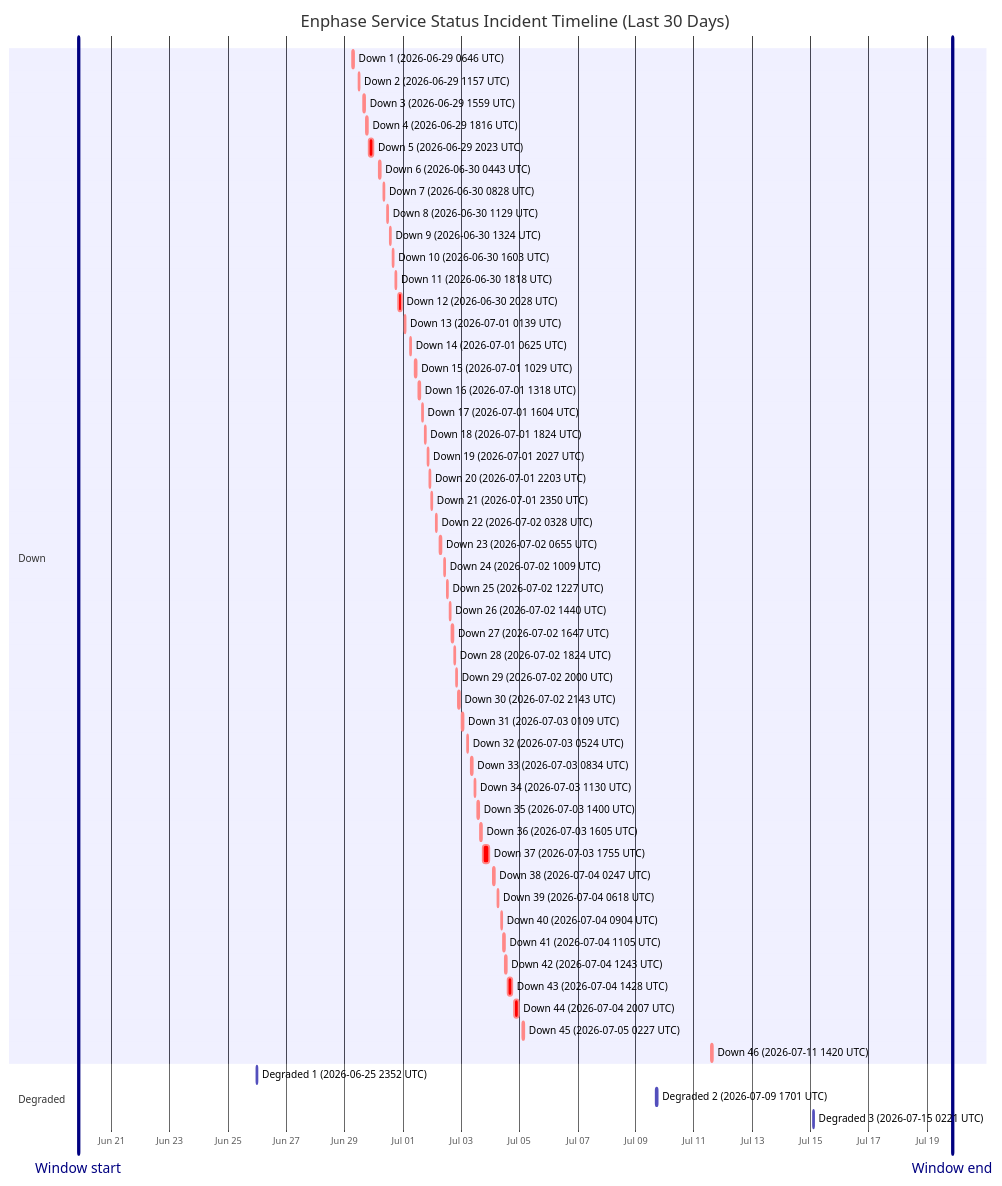
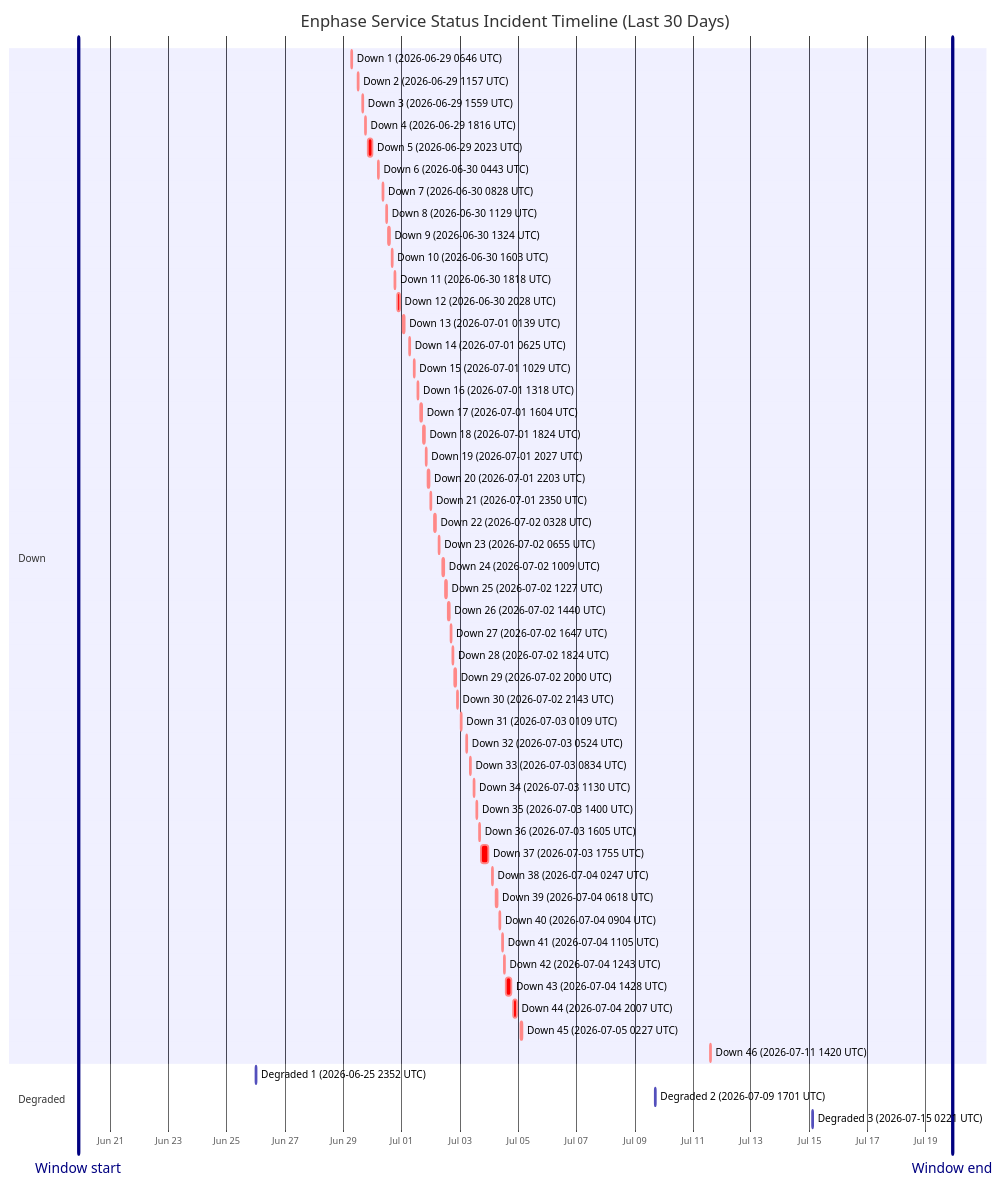
Before and after one commit to barneyonline/ha-enphase-energy: the diagram in wiki/Service-Status-History.md, drawn with Mermaid. The commit also changed other lines of this file and 3 other files, not shown here.

````diff
--- a/wiki/Service-Status-History.md
+++ b/wiki/Service-Status-History.md
@@ -14,59 +14,59 @@
 ```mermaid
 gantt
     title Enphase Service Status Incident Timeline (Last 30 Days)
     dateFormat  YYYY-MM-DDTHH:mm:ss
     axisFormat  %b %d
-    Window start :vert, window-start, 2026-06-19T20:44:10, 0ms
-    Window end :vert, window-end, 2026-07-19T20:44:10, 0ms
+    Window start :vert, window-start, 2026-06-19T21:50:57, 0ms
+    Window end :vert, window-end, 2026-07-19T21:50:57, 0ms
     section Down
     Down 1 (2026-06-29 0646 UTC) :crit, down-1, 2026-06-29T06:46:18, 60m
     Down 2 (2026-06-29 1157 UTC) :crit, down-2, 2026-06-29T11:57:36, 60m
     Down 3 (2026-06-29 1559 UTC) :crit, down-3, 2026-06-29T15:59:02, 60m
     Down 4 (2026-06-29 1816 UTC) :crit, down-4, 2026-06-29T18:16:38, 60m
     Down 5 (2026-06-29 2023 UTC) :crit, down-5, 2026-06-29T20:23:16, 220m
     Down 6 (2026-06-30 0443 UTC) :crit, down-6, 2026-06-30T04:43:54, 60m
     Down 7 (2026-06-30 0828 UTC) :crit, down-7, 2026-06-30T08:28:43, 60m
     Down 8 (2026-06-30 1129 UTC) :crit, down-8, 2026-06-30T11:29:15, 60m
     Down 9 (2026-06-30 1324 UTC) :crit, down-9, 2026-06-30T13:24:25, 60m
     Down 10 (2026-06-30 1603 UTC) :crit, down-10, 2026-06-30T16:03:26, 60m
     Down 11 (2026-06-30 1818 UTC) :crit, down-11, 2026-06-30T18:18:39, 60m
     Down 12 (2026-06-30 2028 UTC) :crit, down-12, 2026-06-30T20:28:54, 171m
     Down 13 (2026-07-01 0139 UTC) :crit, down-13, 2026-07-01T01:39:18, 60m
     Down 14 (2026-07-01 0625 UTC) :crit, down-14, 2026-07-01T06:25:35, 60m
     Down 15 (2026-07-01 1029 UTC) :crit, down-15, 2026-07-01T10:29:24, 60m
     Down 16 (2026-07-01 1318 UTC) :crit, down-16, 2026-07-01T13:18:31, 60m
     Down 17 (2026-07-01 1604 UTC) :crit, down-17, 2026-07-01T16:04:29, 60m
     Down 18 (2026-07-01 1824 UTC) :crit, down-18, 2026-07-01T18:24:21, 60m
     Down 19 (2026-07-01 2027 UTC) :crit, down-19, 2026-07-01T20:27:17, 60m
     Down 20 (2026-07-01 2203 UTC) :crit, down-20, 2026-07-01T22:03:46, 60m
     Down 21 (2026-07-01 2350 UTC) :crit, down-21, 2026-07-01T23:50:52, 60m
     Down 22 (2026-07-02 0328 UTC) :crit, down-22, 2026-07-02T03:28:33, 60m
     Down 23 (2026-07-02 0655 UTC) :crit, down-23, 2026-07-02T06:55:07, 60m
     Down 24 (2026-07-02 1009 UTC) :crit, down-24, 2026-07-02T10:09:15, 60m
     Down 25 (2026-07-02 1227 UTC) :crit, down-25, 2026-07-02T12:27:49, 60m
     Down 26 (2026-07-02 1440 UTC) :crit, down-26, 2026-07-02T14:40:53, 60m
     Down 27 (2026-07-02 1647 UTC) :crit, down-27, 2026-07-02T16:47:47, 60m
     Down 28 (2026-07-02 1824 UTC) :crit, down-28, 2026-07-02T18:24:26, 60m
     Down 29 (2026-07-02 2000 UTC) :crit, down-29, 2026-07-02T20:00:57, 60m
     Down 30 (2026-07-02 2143 UTC) :crit, down-30, 2026-07-02T21:43:52, 80m
     Down 31 (2026-07-03 0109 UTC) :crit, down-31, 2026-07-03T01:09:19, 60m
     Down 32 (2026-07-03 0524 UTC) :crit, down-32, 2026-07-03T05:24:23, 60m
     Down 33 (2026-07-03 0834 UTC) :crit, down-33, 2026-07-03T08:34:05, 60m
     Down 34 (2026-07-03 1130 UTC) :crit, down-34, 2026-07-03T11:30:41, 60m
     Down 35 (2026-07-03 1400 UTC) :crit, down-35, 2026-07-03T14:00:48, 60m
     Down 36 (2026-07-03 1605 UTC) :crit, down-36, 2026-07-03T16:05:49, 60m
     Down 37 (2026-07-03 1755 UTC) :crit, down-37, 2026-07-03T17:55:54, 338m
     Down 38 (2026-07-04 0247 UTC) :crit, down-38, 2026-07-04T02:47:22, 60m
     Down 39 (2026-07-04 0618 UTC) :crit, down-39, 2026-07-04T06:18:09, 60m
     Down 40 (2026-07-04 0904 UTC) :crit, down-40, 2026-07-04T09:04:41, 60m
     Down 41 (2026-07-04 1105 UTC) :crit, down-41, 2026-07-04T11:05:21, 60m
     Down 42 (2026-07-04 1243 UTC) :crit, down-42, 2026-07-04T12:43:25, 60m
     Down 43 (2026-07-04 1428 UTC) :crit, down-43, 2026-07-04T14:28:07, 243m
     Down 44 (2026-07-04 2007 UTC) :crit, down-44, 2026-07-04T20:07:50, 206m
     Down 45 (2026-07-05 0227 UTC) :crit, down-45, 2026-07-05T02:27:32, 109m
     Down 46 (2026-07-11 1420 UTC) :crit, down-46, 2026-07-11T14:20:54, 69m
     section Degraded
     Degraded 1 (2026-06-25 2352 UTC) :active, degraded-1, 2026-06-25T23:52:01, 60m
     Degraded 2 (2026-07-09 1701 UTC) :active, degraded-2, 2026-07-09T17:01:02, 60m
     Degraded 3 (2026-07-15 0221 UTC) :active, degraded-3, 2026-07-15T02:21:35, 60m
 ```
````
